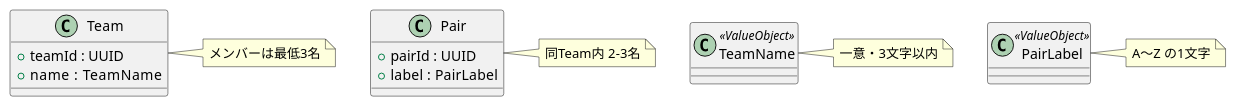
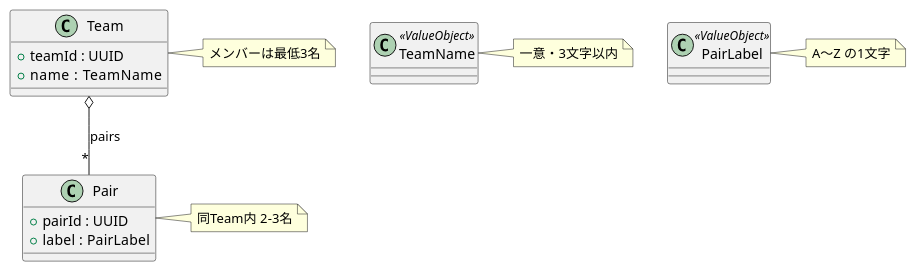
One commit to shouya31/pair-tracker changed the diagram in docs/domain/team/aggregate.puml. Above: the diagram before and after it, drawn with PlantUML. The commit also changed 1 other file, not shown here.

Commit message:
Fix diagrams

```diff
--- a/docs/domain/team/aggregate.puml
+++ b/docs/domain/team/aggregate.puml
@@ -1,30 +1,32 @@
 @startuml TeamAggregate
 
 class Team {
   + teamId : UUID
   + name   : TeamName
 }
 note right of Team
   メンバーは最低3名
 end note
 
 class Pair {
   + pairId : UUID
   + label  : PairLabel
 }
 note right of Pair
   同Team内 2–3名
 end note
 
 '── Team集約専用のVO ─────────────────────────
 class TeamName <<ValueObject>>
 note right of TeamName
   一意・3文字以内
 end note
 
 class PairLabel <<ValueObject>>
 note right of PairLabel
   A〜Z の1文字
 end note
 
+Team o-- "*" Pair : pairs
+
 @enduml
```
